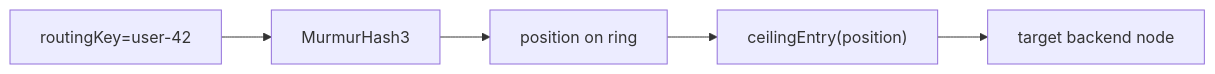
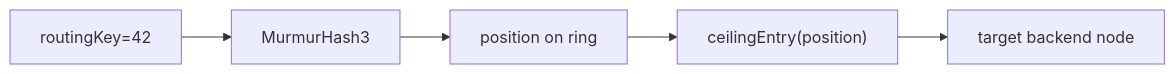
One commit to AndrewVerenich/distributed-backend-platform changed the second of 2 diagrams in consistent-hash-router/README.md. Above: the diagram before and after it, drawn with Mermaid.

Commit message:
consistent-hash-router: readme fix

````diff
--- a/consistent-hash-router/README.md
+++ b/consistent-hash-router/README.md
@@ -38,7 +38,7 @@
 ```mermaid
 flowchart LR
-    Key["routingKey=user-42"] --> Hash["MurmurHash3"]
+    Key["routingKey=42"] --> Hash["MurmurHash3"]
     Hash --> Position["position on ring"]
     Position --> Ceiling["ceilingEntry(position)"]
     Ceiling --> Node["target backend node"]
 ```
````
